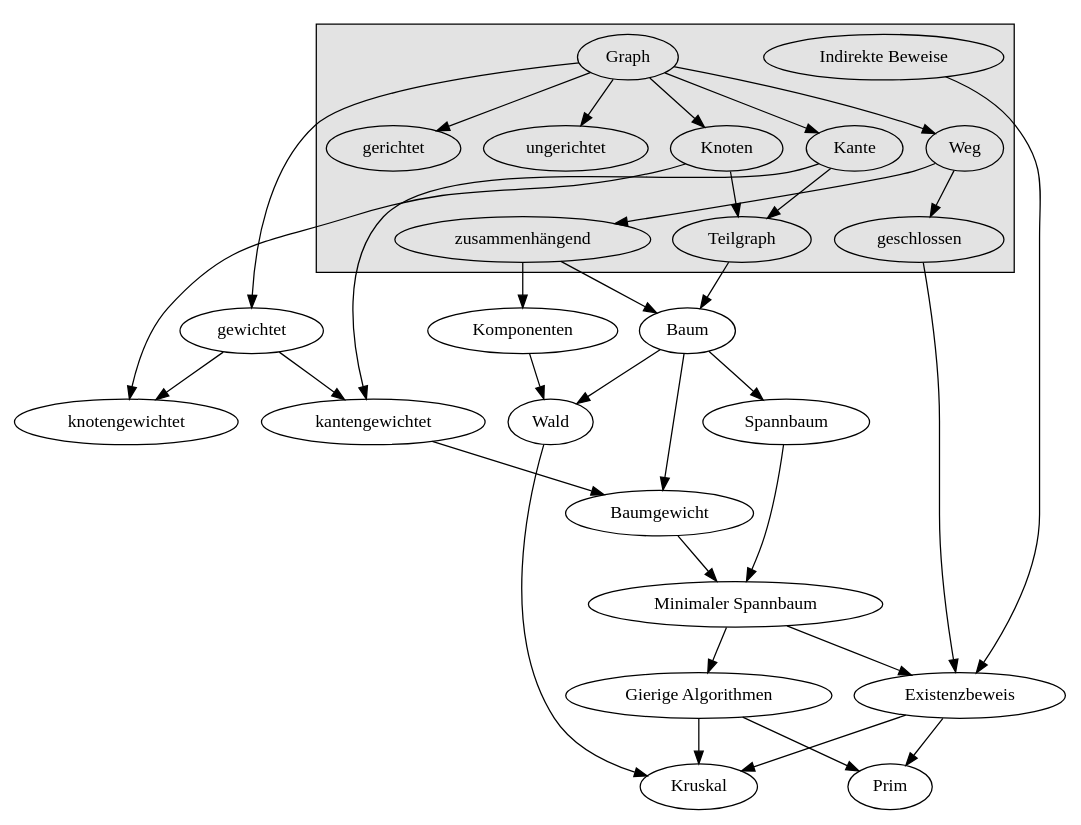
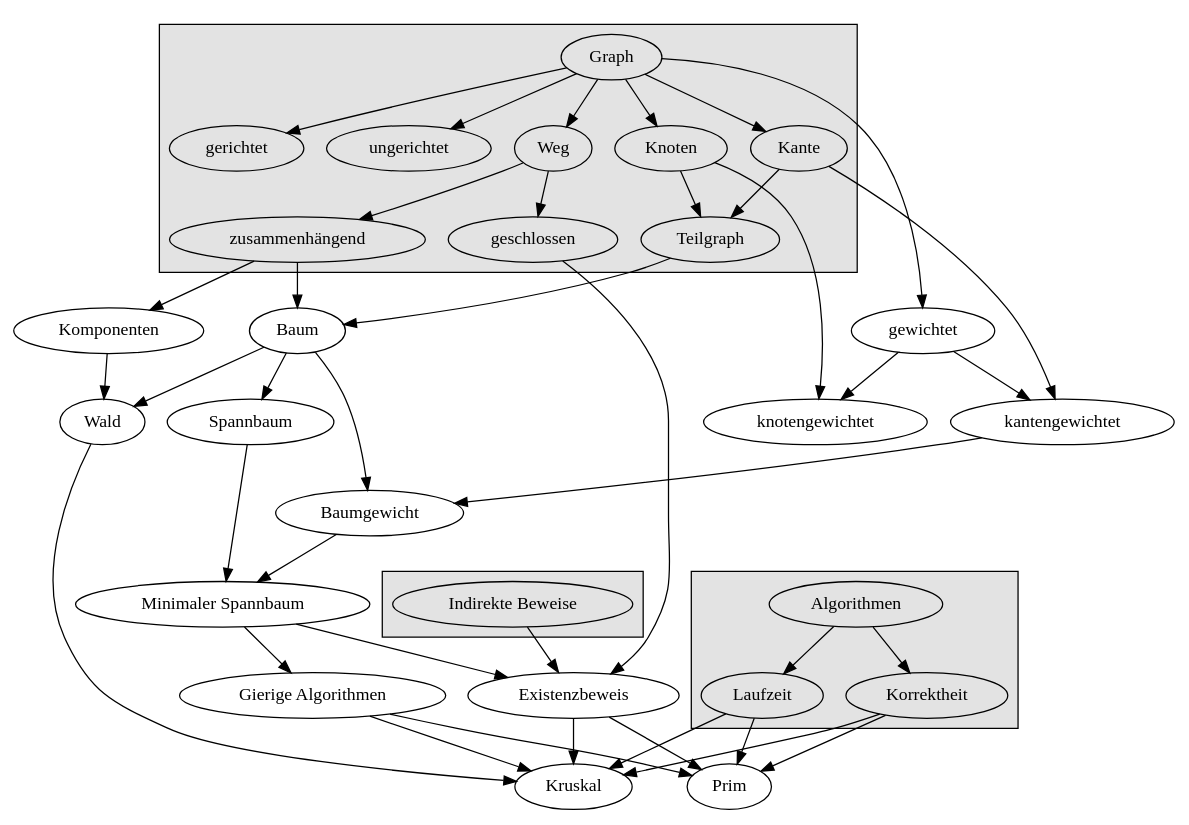
One commit to microtherion/FD1_HS13_U1_GKMN changed the diagram in graph/Lernziele.dot. Above: the diagram before and after it, drawn with Graphviz. The commit also changed 8 other files, not shown here.

```diff
--- a/graph/Lernziele.dot
+++ b/graph/Lernziele.dot
@@ -1,44 +1,61 @@
 digraph C {
 	"Graph" -> "Knoten";
 	"Graph" -> "Kante";
 	"Graph" -> "gerichtet";
 	"Graph" -> "ungerichtet";
 	"Graph" -> "Weg";
 	"Weg" -> "zusammenhängend";
 	"Weg" -> "geschlossen";
 	"zusammenhängend" -> "Komponenten";	
 	"zusammenhängend" -> "Baum";
 	"zusammenhängend" -> "gewichtet" [style="invis"];
 	"Graph" -> "gewichtet";
 	"Knoten" -> "knotengewichtet";
 	"Kante" -> "kantengewichtet";
 	"gewichtet" -> "knotengewichtet";
 	"gewichtet" -> "kantengewichtet";
 	"Knoten" -> "Teilgraph";
 	"Kante" -> "Teilgraph";
 	"Teilgraph" -> "Baum";
 	"Baum" -> "Spannbaum";
 	"Baum" -> "Wald";
 	"Komponenten" -> "Wald";
 	"Baum" -> "Gewicht";
 	"Gewicht" [label="Baumgewicht"];
 	"Gewicht" -> "Minimaler Spannbaum";
 	"Spannbaum" -> "Minimaler Spannbaum";
 	"kantengewichtet" -> "Gewicht";
 	"Minimaler Spannbaum" -> "Hilfssatz";
 	"geschlossen" -> "Hilfssatz";
 	"Indirekte Beweise" -> "Hilfssatz";
 	"Hilfssatz" [label="Existenzbeweis"];
 	"Minimaler Spannbaum" -> "gierig";
 	"gierig" [label="Gierige Algorithmen"];
 	"gierig" -> "Kruskal";
 	"Wald" -> "Kruskal";
 	"gierig" -> "Prim";
 	"Hilfssatz" -> "Kruskal";
 	"Hilfssatz" -> "Prim";
 
+	"Algorithmen" -> "Korrektheit";
+	"Algorithmen" -> "Laufzeit";
+	
+	"Korrektheit" -> "Kruskal";
+	"Laufzeit" -> "Kruskal";
+	
+	"Korrektheit" -> "Prim";
+	"Laufzeit" -> "Prim";
+
 	subgraph clusterVorkenntnisse {
 		 graph [bgcolor="grey89"];
-		 "Graph"; "Knoten"; "Kante"; "gerichtet"; "ungerichtet"; "Weg"; "zusammenhängend"; "geschlossen"; "Teilgraph"; "Indirekte Beweise"
+		 "Graph"; "Knoten"; "Kante"; "gerichtet"; "ungerichtet"; "Weg"; "zusammenhängend"; "geschlossen"; "Teilgraph"
 	}
+	subgraph clusterVorkenntnisse2 {
+		 graph [bgcolor="grey89"];
+		 "Indirekte Beweise"
+	}
+	subgraph clusterVorkenntnisse3 {
+		 graph [bgcolor="grey89"];
+		 "Algorithmen", "Korrektheit", "Laufzeit"
+		}
 }
```
